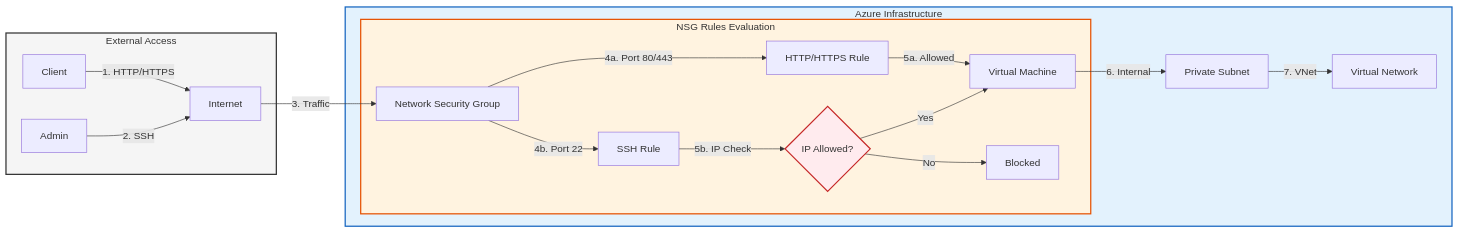
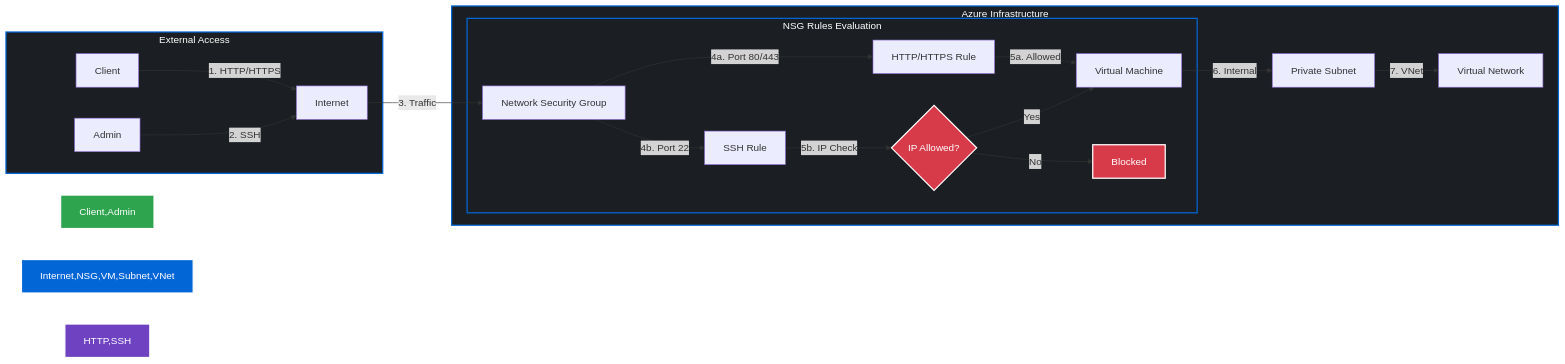
The second of 5 diagrams in README.md (vishnu1002/terraform-learn), drawn with Mermaid before and after one commit. The commit also changed other lines of this file, not shown here.

````diff
--- a/README.md
+++ b/README.md
@@ -37,28 +42,33 @@
 ```mermaid
 flowchart LR
     subgraph External [External Access]
         Client[Client] --> |1. HTTP/HTTPS| Internet
         Admin[Admin] --> |2. SSH| Internet
     end
 
     subgraph Azure [Azure Infrastructure]
         Internet --> |3. Traffic| NSG[Network Security Group]
         
         subgraph Rules [NSG Rules Evaluation]
             NSG --> |4a. Port 80/443| HTTP[HTTP/HTTPS Rule]
             NSG --> |4b. Port 22| SSH[SSH Rule]
             HTTP --> |5a. Allowed| VM[Virtual Machine]
             SSH --> |5b. IP Check| IP{IP Allowed?}
             IP --> |Yes| VM
             IP --> |No| Block[Blocked]
         end
 
         VM --> |6. Internal| Subnet[Private Subnet]
         Subnet --> |7. VNet| VNet[Virtual Network]
     end
 
-    style External fill:#f5f5f5,stroke:#333,stroke-width:2px
-    style Azure fill:#e3f2fd,stroke:#1565c0,stroke-width:2px
-    style Rules fill:#fff3e0,stroke:#e65100,stroke-width:2px
-    style IP fill:#ffebee,stroke:#c62828,stroke-width:2px
+    %% Colors that work in both dark and light modes
+    style External fill:#1b1f23,stroke:#0366d6,stroke-width:2px,color:#ffffff
+    style Azure fill:#1b1f23,stroke:#0366d6,stroke-width:2px,color:#ffffff
+    style Rules fill:#1b1f23,stroke:#0366d6,stroke-width:2px,color:#ffffff
+    style IP fill:#d73a49,stroke:#ffffff,stroke-width:2px,color:#ffffff
+    style Client,Admin fill:#2ea44f,stroke:#ffffff,stroke-width:2px,color:#ffffff
+    style Internet,NSG,VM,Subnet,VNet fill:#0366d6,stroke:#ffffff,stroke-width:2px,color:#ffffff
+    style HTTP,SSH fill:#6f42c1,stroke:#ffffff,stroke-width:2px,color:#ffffff
+    style Block fill:#d73a49,stroke:#ffffff,stroke-width:2px,color:#ffffff
 ```
````
